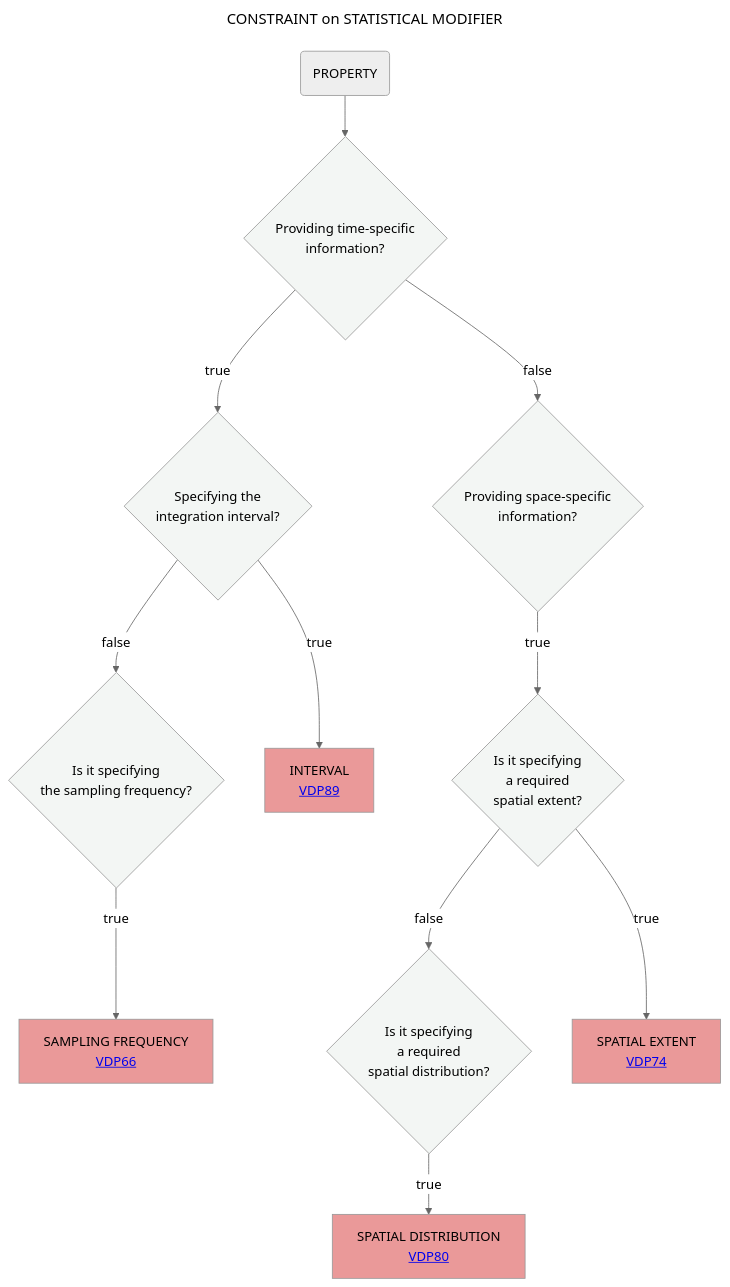
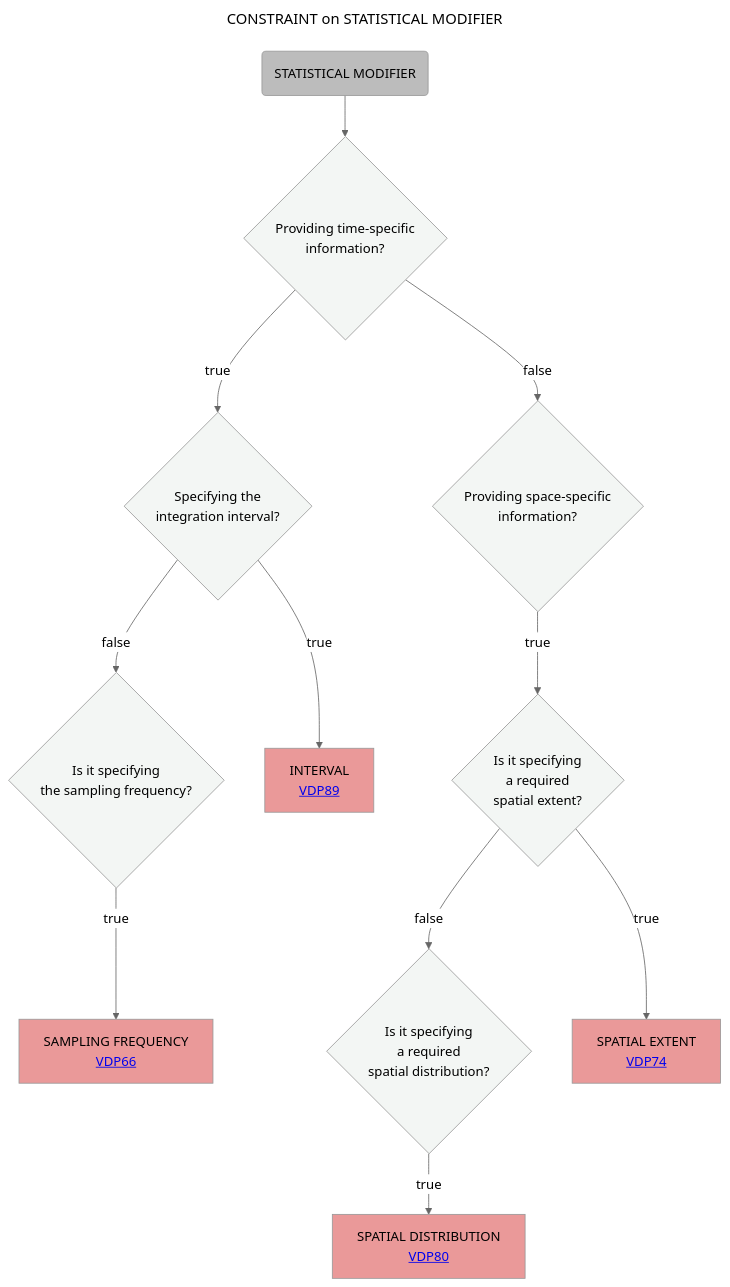
Before and after one commit to mabablue/I-ADOPT-patterns-playground: the diagram in Decisition_trees/DT10.mmd, drawn with Mermaid (neutral theme).

```diff
--- a/Decisition_trees/DT10.mmd
+++ b/Decisition_trees/DT10.mmd
@@ -1,20 +1,21 @@
 ---
 title: CONSTRAINT on STATISTICAL MODIFIER
 ---
 flowchart TD
-    A(PROPERTY)  --> B{Providing time-specific <br> information?}:::white
+    A(STATISTICAL MODIFIER):::grey --> B{Providing time-specific <br> information?}:::white
     B --> |true|C{Specifying the <br> integration interval?}:::white
     B --> |false|G{Providing space-specific <br> information?}:::white
     C --> |false|D{Is it specifying <br> the sampling frequency?}:::white
     C --> |true|E[INTERVAL <br> <a href='https://github.com/mabablue/I-ADOPT-patterns-playground/blob/main/pattern/VDP89.yaml'>VDP89</a>]:::rose
     D --> |true|F[SAMPLING FREQUENCY<br> <a href='https://github.com/mabablue/I-ADOPT-patterns-playground/blob/main/pattern/VDP66.yaml'>VDP66</a>]:::rose
     G --> |true|H{Is it specifying <br> a required <br> spatial extent?}:::white
     H --> |false|I{Is it specifying <br> a required <br> spatial distribution?}:::white
     H --> |true|K[SPATIAL EXTENT <br> <a href='https://github.com/mabablue/I-ADOPT-patterns-playground/blob/main/pattern/VDP74.yaml'>VDP74</a>]:::rose
     I --> |true|L[SPATIAL DISTRIBUTION <br> <a href='https://github.com/mabablue/I-ADOPT-patterns-playground/blob/main/pattern/VDP80.yaml'>VDP80</a>]:::rose
 
    classDef blue fill:#90D5FF
    classDef satblue fill:#57B9FF 
    classDef white fill:#f3f6f4
    classDef green fill:#6aa84f
    classDef rose fill:#ea9999
+   classDef grey fill:#bcbcbc
```
